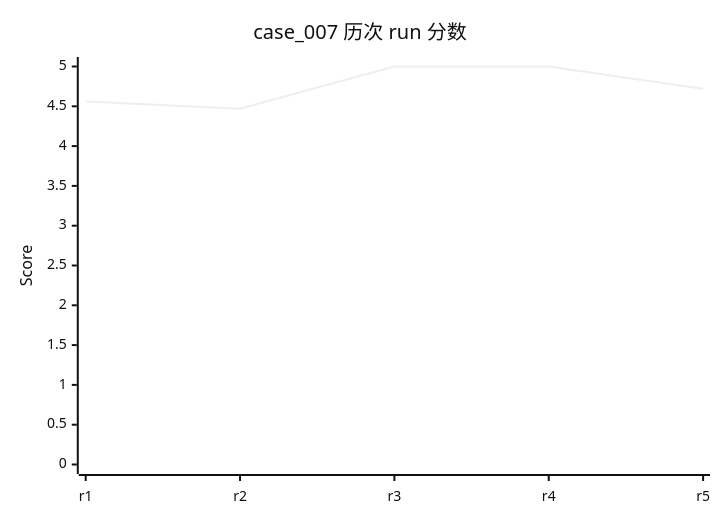
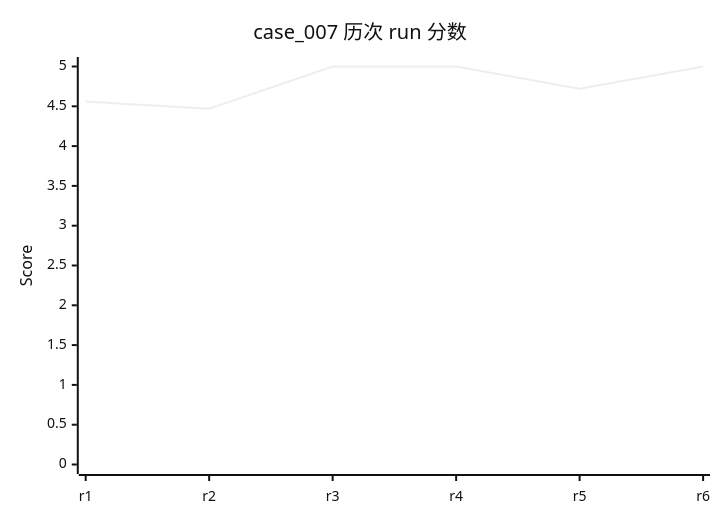
Before and after one commit to rushengzhou/sid-code: diagram 13 of 58 in evals/DASHBOARD.md, drawn with Mermaid (neutral theme). The commit also changed other lines of this file and 53 other files, not shown here.

````diff
--- a/evals/DASHBOARD.md
+++ b/evals/DASHBOARD.md
@@ -334,7 +335,7 @@
 ```mermaid
 xychart-beta
     title "case_007 历次 run 分数"
-    x-axis [r1, r2, r3, r4, r5]
+    x-axis [r1, r2, r3, r4, r5, r6]
     y-axis "Score" 0 --> 5
-    line [4.56, 4.47, 5.00, 5.00, 4.72]
+    line [4.56, 4.47, 5.00, 5.00, 4.72, 5.00]
 ```
````
